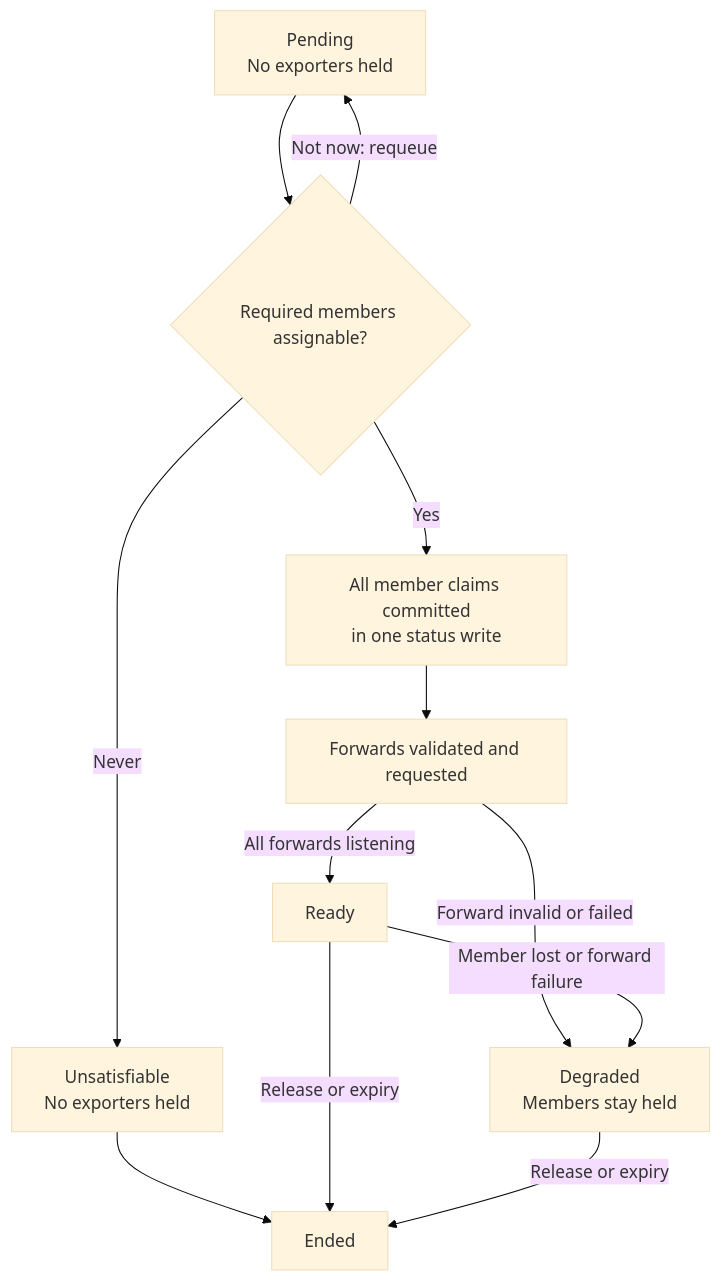
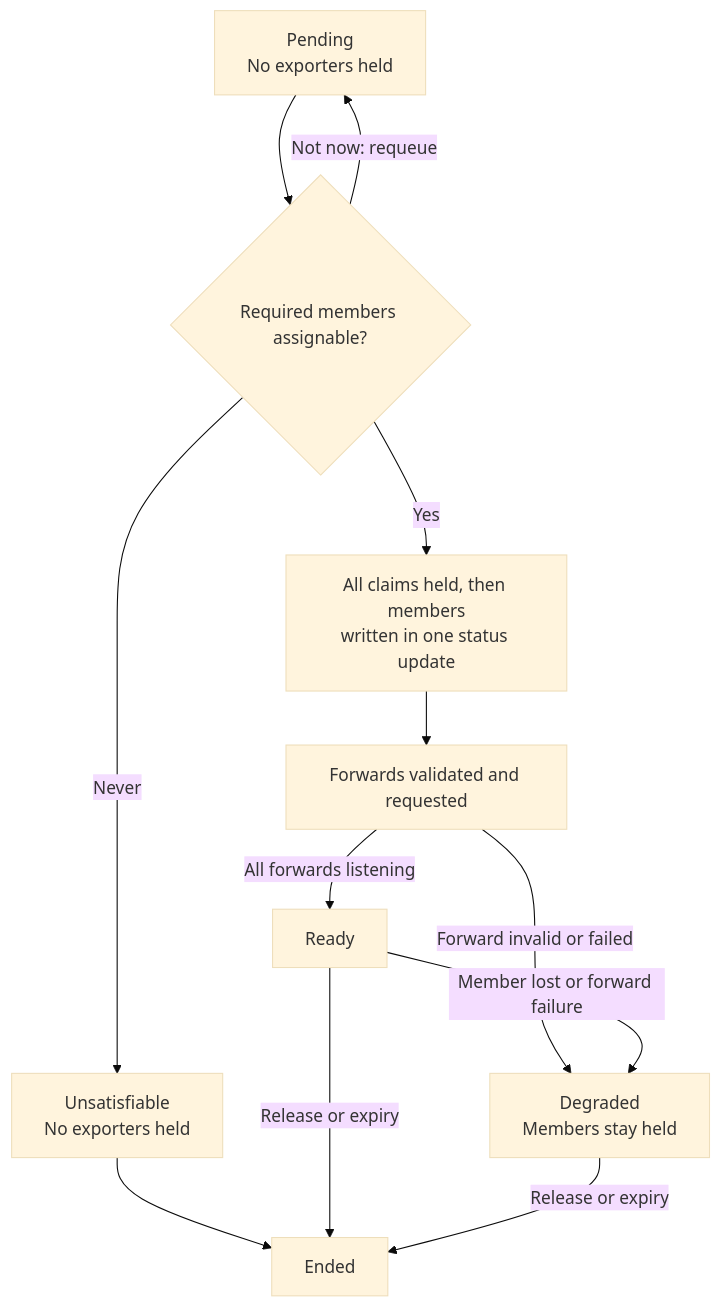
Before and after one commit to jumpstarter-dev/jumpstarter: the third of 3 diagrams in docs/source/contributing/jeps/JEP-0015-multi-exporter-leases-port-forwarding.md, drawn with Mermaid (base theme). The commit also changed other lines of this file, not shown here.

First line of the commit message:
docs(jep-0015): make lease claims exclusive through the API server

````diff
--- a/docs/source/contributing/jeps/JEP-0015-multi-exporter-leases-port-forwarding.md
+++ b/docs/source/contributing/jeps/JEP-0015-multi-exporter-leases-port-forwarding.md
@@ -2660,23 +2787,23 @@
 ```{mermaid}
 flowchart TD
     pending["Pending<br/>No exporters held"]
     assignable{"Required members assignable?"}
     unsatisfiable["Unsatisfiable<br/>No exporters held"]
-    bound["All member claims committed<br/>in one status write"]
+    bound["All claims held, then members<br/>written in one status update"]
     forwards["Forwards validated and requested"]
     ready["Ready"]
     degraded["Degraded<br/>Members stay held"]
     ended["Ended"]
 
     pending --> assignable
     assignable -->|"Not now: requeue"| pending
     assignable -->|"Never"| unsatisfiable
     unsatisfiable --> ended
     assignable -->|Yes| bound
     bound --> forwards
     forwards -->|"All forwards listening"| ready
     forwards -->|"Forward invalid or failed"| degraded
     ready -->|"Member lost or forward failure"| degraded
     ready -->|"Release or expiry"| ended
     degraded -->|"Release or expiry"| ended
 ```
````
